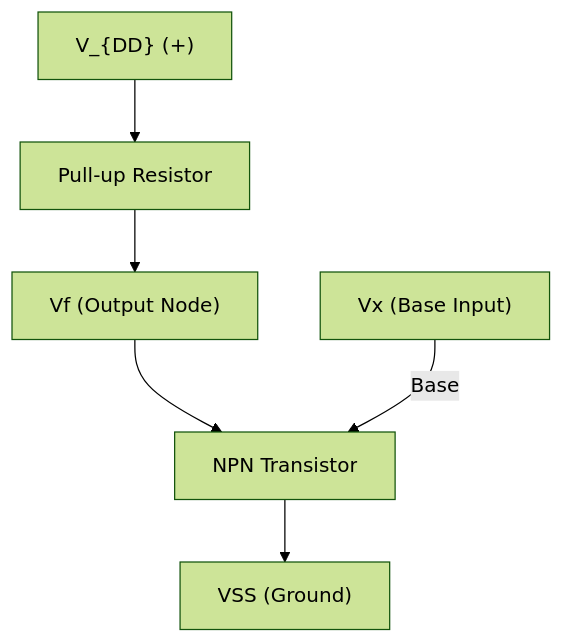
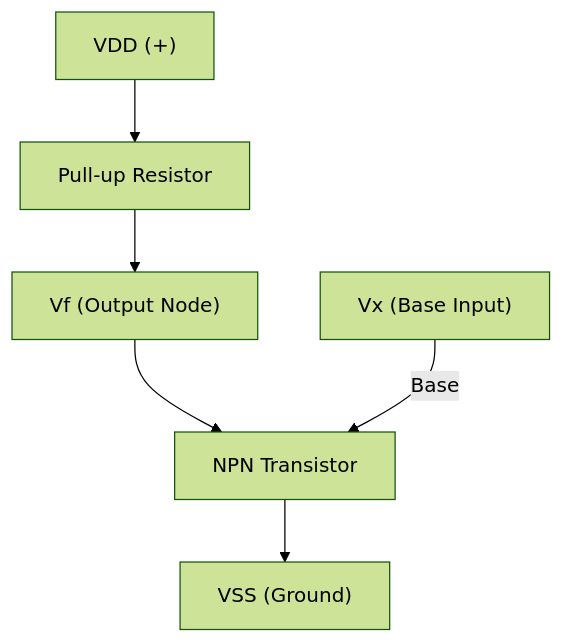
One commit to setrar/microelectronics changed the diagram in Components/discrete/Transistors/NPN/README.md. Above: the diagram before and after it, drawn with Mermaid (forest theme).

````diff
--- a/Components/discrete/Transistors/NPN/README.md
+++ b/Components/discrete/Transistors/NPN/README.md
@@ -3,13 +3,13 @@
 ```mermaid
 graph TD
-  VDD["V_{DD} (+)"]
+  VDD["VDD (+)"]
   R["Pull-up Resistor"]
   Vf["Vf (Output Node)"]
   Q["NPN Transistor"]
   VSS["VSS (Ground)"]
   Vx["Vx (Base Input)"]
 
   VDD --> R --> Vf --> Q
   Q --> VSS
   Vx -->|Base| Q
 ```
````
